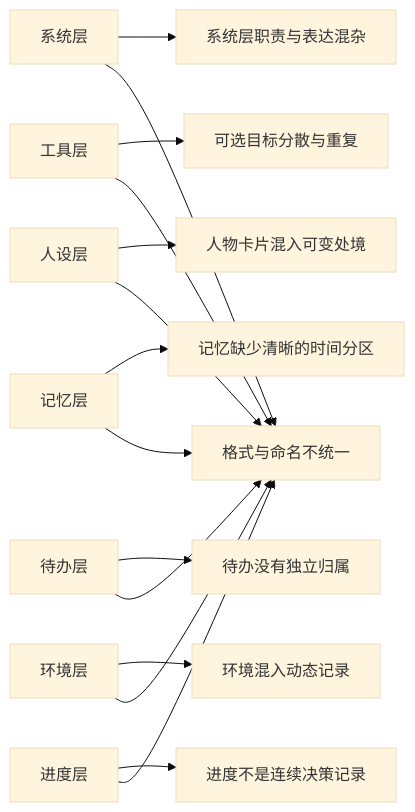
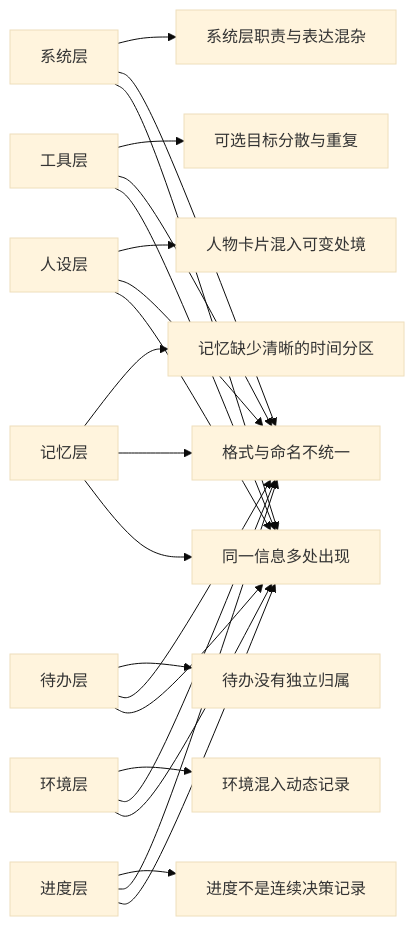
Before and after one commit to HoldThatThgt/WorldMock: the seventh of 8 diagrams in docs/dev/PROPOSAL-decision-context.md, drawn with Mermaid (base theme). The commit also changed other lines of this file and 12 other files, not shown here.

````diff
--- a/docs/dev/PROPOSAL-decision-context.md
+++ b/docs/dev/PROPOSAL-decision-context.md
@@ -341,11 +498,12 @@
 ```mermaid
 flowchart LR
     S[系统层] --> SG[系统层职责与表达混杂]
     T[工具层] --> TG[可选目标分散与重复]
     P[人设层] --> PG[人物卡片混入可变处境]
     M[记忆层] --> MG[记忆缺少清晰的时间分区]
     D[待办层] --> DG[待办没有独立归属]
     E[环境层] --> EG[环境混入动态记录]
     G[进度层] --> GG[进度不是连续决策记录]
     S & T & P & M & D & E & G --> FG[格式与命名不统一]
+    S & T & P & M & D & E & G --> UG[同一信息多处出现]
 ```
````
